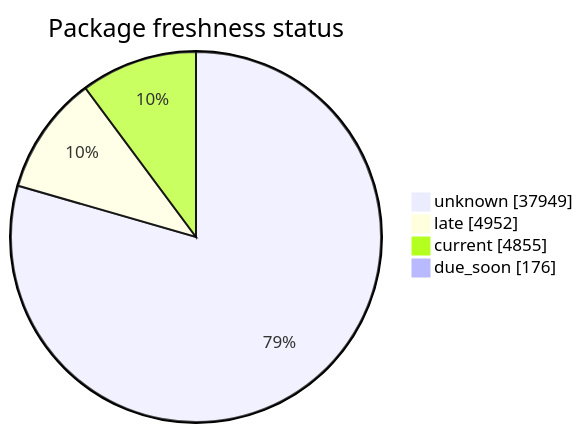
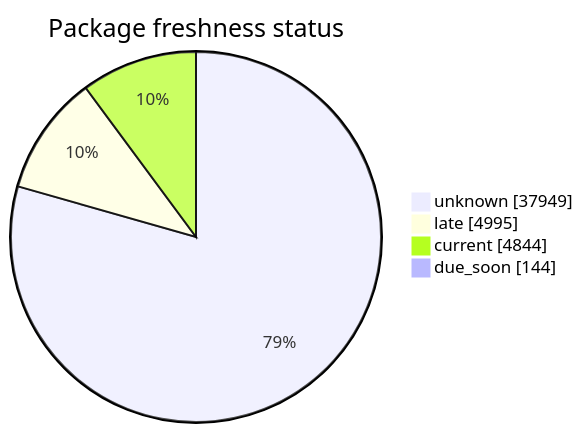
The second of 5 diagrams in FreshCheck/README.md (open-data/analytics-corporate-reporting), drawn with Mermaid before and after one commit. The commit also changed other lines of this file and 3 other files, not shown here.

````diff
--- a/FreshCheck/README.md
+++ b/FreshCheck/README.md
@@ -68,7 +68,7 @@
 ```mermaid
 pie showData title Package freshness status
     "unknown": 37949
-    "late": 4952
-    "current": 4855
-    "due_soon": 176
+    "late": 4995
+    "current": 4844
+    "due_soon": 144
 ```
````
